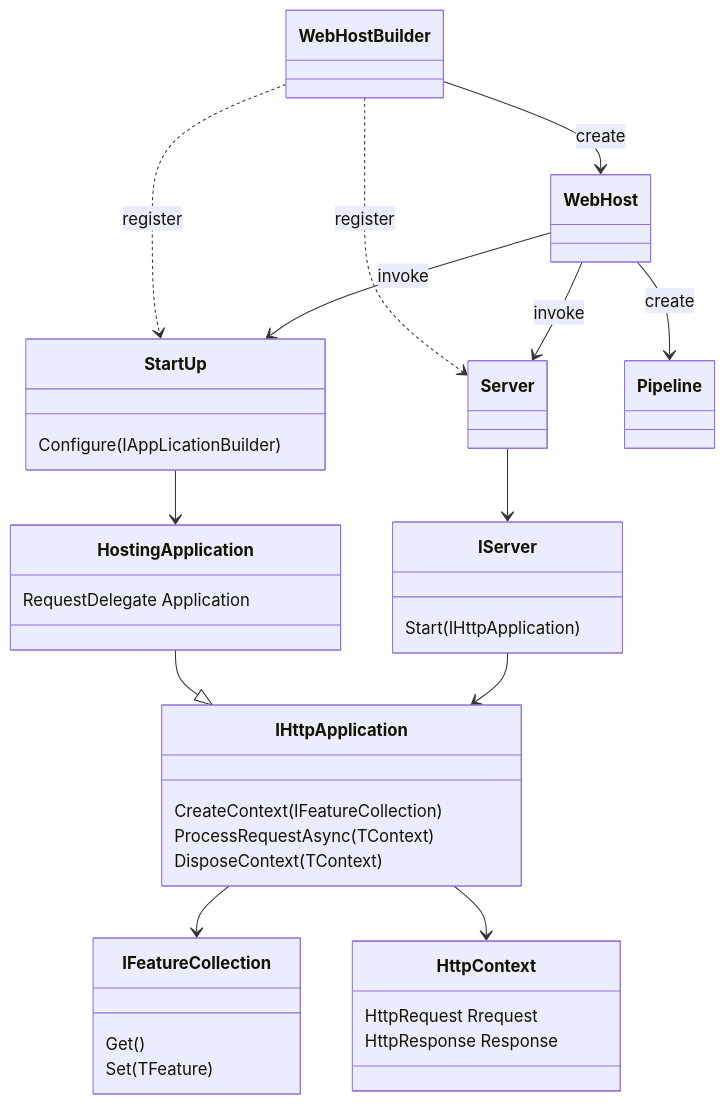
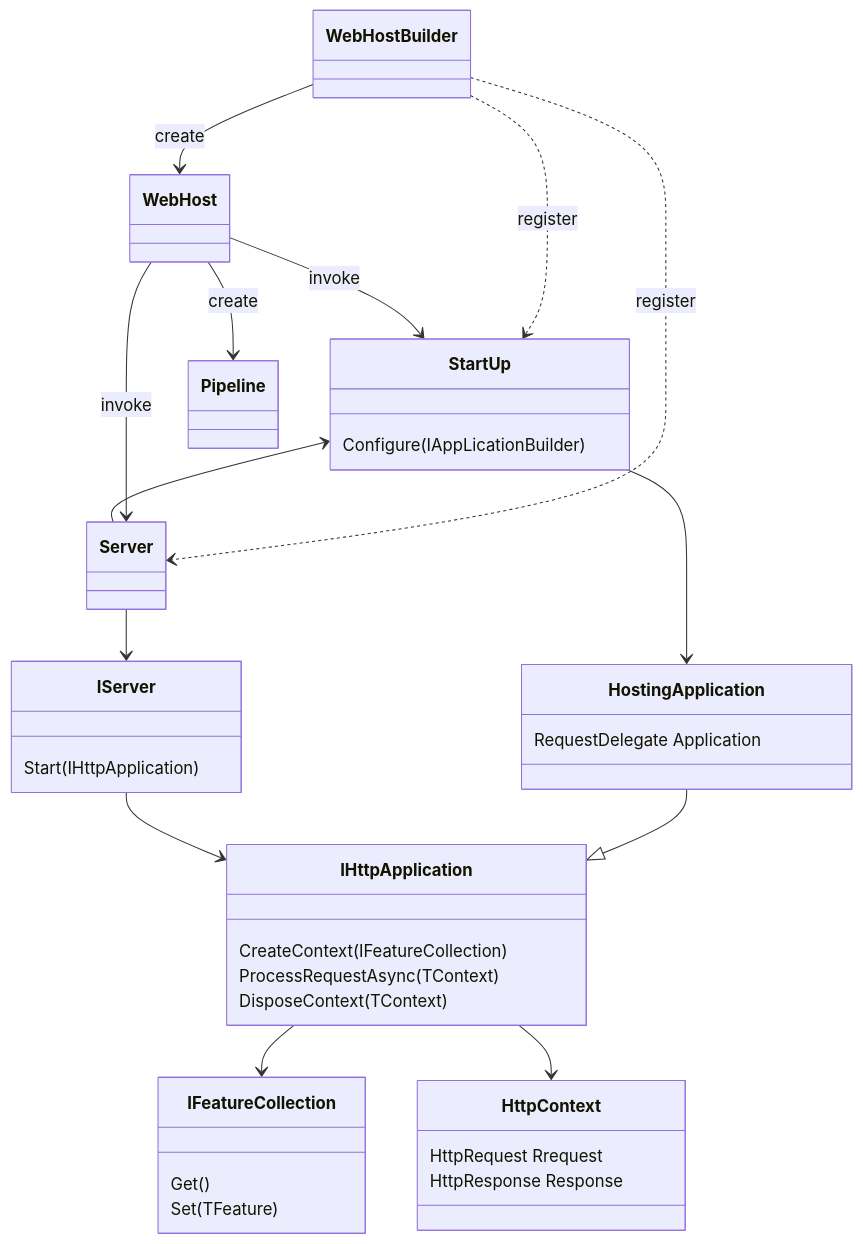
Before and after one commit to luotianqi777/Notebook: the diagram in .NETRASP/研究笔记/HTTP传输研究.md, drawn with Mermaid. The commit also changed other lines of this file and 1 other file, not shown here.

Commit message:
今日任务(太惨了)

````diff
--- a/.NETRASP/研究笔记/HTTP传输研究.md
+++ b/.NETRASP/研究笔记/HTTP传输研究.md
@@ -11,26 +12,27 @@
 ```mermaid
 classDiagram
 WebHostBuilder --> WebHost: create
 WebHostBuilder ..> StartUp: register
 WebHostBuilder ..> Server: register
 WebHost --> StartUp: invoke
 WebHost --> Server: invoke
 WebHost --> Pipeline: create
 HostingApplication --|> IHttpApplication
 StartUp --> HostingApplication
+StartUp <-- Server
 IHttpApplication --> IFeatureCollection
 IHttpApplication --> HttpContext
 Server --> IServer
 IServer --> IHttpApplication
 
 StartUp: Configure(IAppLicationBuilder)
 IHttpApplication: CreateContext(IFeatureCollection)
 IHttpApplication: ProcessRequestAsync(TContext)
 IHttpApplication: DisposeContext(TContext)
 IFeatureCollection: Get()
 IFeatureCollection: Set(TFeature)
 HttpContext: HttpRequest Rrequest
 HttpContext: HttpResponse Response
 HostingApplication: RequestDelegate Application
 IServer: Start(IHttpApplication)
 ```
````
